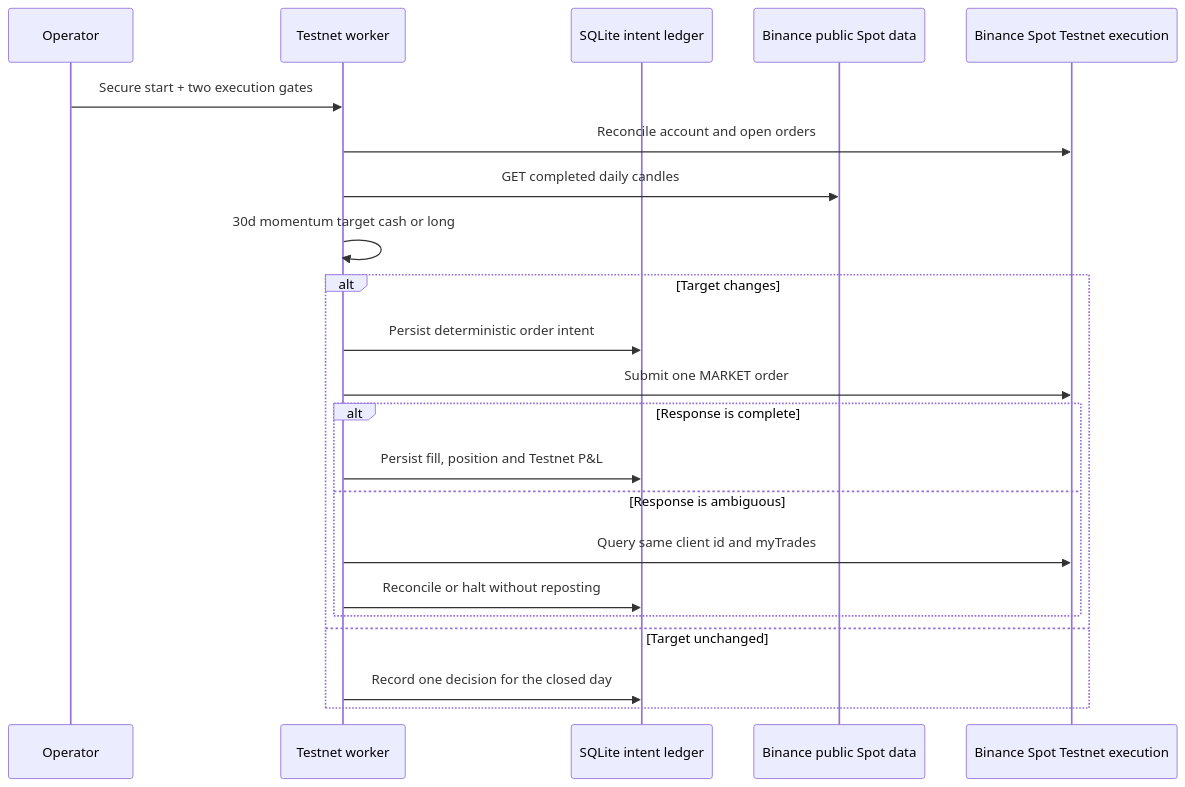
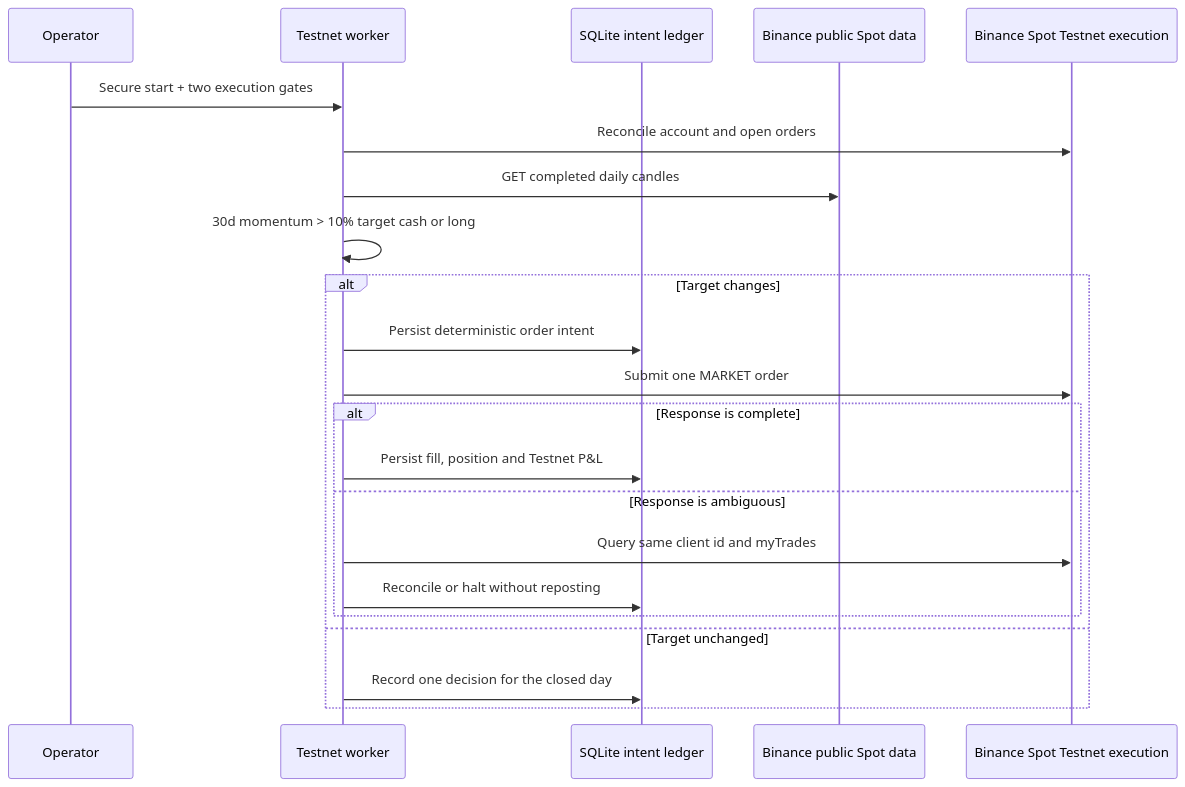
Before and after one commit to Dogukanphysic/quant-remora: the sixth of 11 diagrams in ARCHITECTURE.md, drawn with Mermaid. The commit also changed other lines of this file and 11 other files, not shown here.

````diff
--- a/ARCHITECTURE.md
+++ b/ARCHITECTURE.md
@@ -371,25 +382,25 @@
 ```mermaid
 sequenceDiagram
     participant O as Operator
     participant W as Testnet worker
     participant D as SQLite intent ledger
     participant M as Binance public Spot data
     participant B as Binance Spot Testnet execution
 
     O->>W: Secure start + two execution gates
     W->>B: Reconcile account and open orders
     W->>M: GET completed daily candles
-    W->>W: 30d momentum target cash or long
+    W->>W: 30d momentum > 10% target cash or long
     alt Target changes
         W->>D: Persist deterministic order intent
         W->>B: Submit one MARKET order
         alt Response is complete
             W->>D: Persist fill, position and Testnet P&L
         else Response is ambiguous
             W->>B: Query same client id and myTrades
             W->>D: Reconcile or halt without reposting
         end
     else Target unchanged
         W->>D: Record one decision for the closed day
     end
 ```
````
